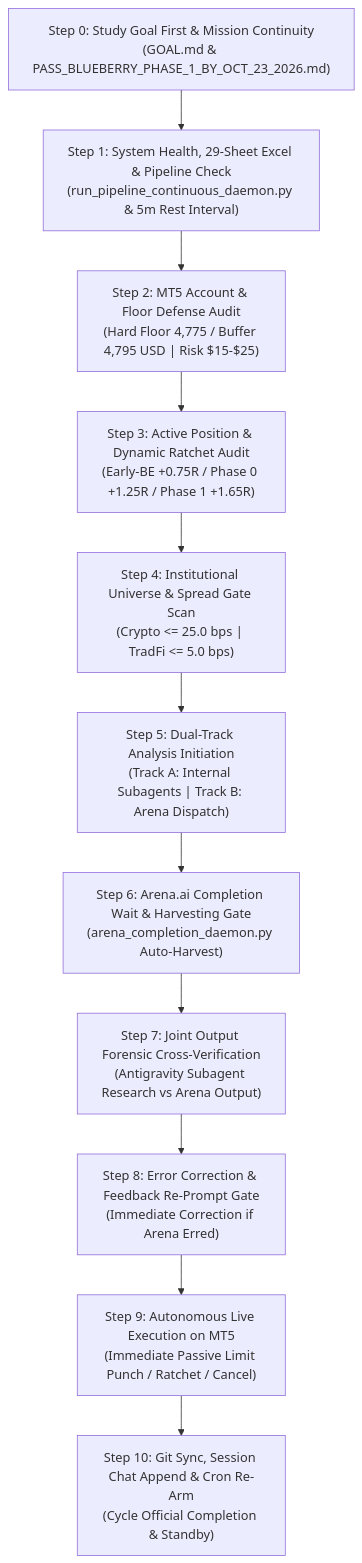
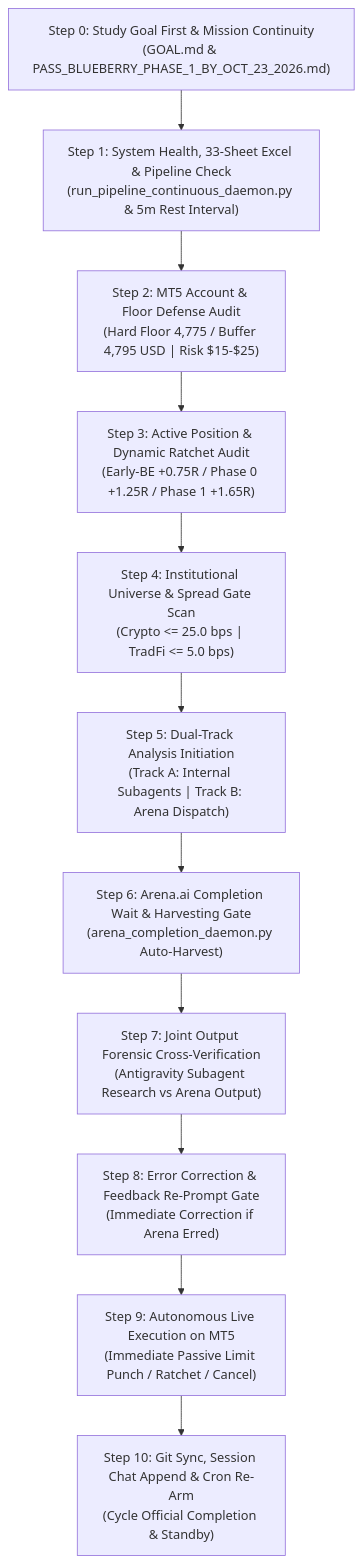
Before and after one commit to kbsingh1399/Trading_2: the diagram in Data/Manditory/AUTONOMOUS_WAKEUP_CHECKLIST.md, drawn with Mermaid. The commit also changed other lines of this file and 104 other files, not shown here.

````diff
--- a/Data/Manditory/AUTONOMOUS_WAKEUP_CHECKLIST.md
+++ b/Data/Manditory/AUTONOMOUS_WAKEUP_CHECKLIST.md
@@ -138,12 +125,12 @@
 ```mermaid
 flowchart TD
-    S0["Step 0: Study Goal First & Mission Continuity<br/>(GOAL.md & PASS_BLUEBERRY_PHASE_1_BY_OCT_23_2026.md)"] --> S1["Step 1: System Health, 29-Sheet Excel & Pipeline Check<br/>(run_pipeline_continuous_daemon.py & 5m Rest Interval)"] --> S2["Step 2: MT5 Account & Floor Defense Audit<br/>(Hard Floor 4,775 / Buffer 4,795 USD | Risk $15-$25)"]
+    S0["Step 0: Study Goal First & Mission Continuity<br/>(GOAL.md & PASS_BLUEBERRY_PHASE_1_BY_OCT_23_2026.md)"] --> S1["Step 1: System Health, 33-Sheet Excel & Pipeline Check<br/>(run_pipeline_continuous_daemon.py & 5m Rest Interval)"] --> S2["Step 2: MT5 Account & Floor Defense Audit<br/>(Hard Floor 4,775 / Buffer 4,795 USD | Risk $15-$25)"]
     S2 --> S3["Step 3: Active Position & Dynamic Ratchet Audit<br/>(Early-BE +0.75R / Phase 0 +1.25R / Phase 1 +1.65R)"]
     S3 --> S4["Step 4: Institutional Universe & Spread Gate Scan<br/>(Crypto <= 25.0 bps | TradFi <= 5.0 bps)"]
     S4 --> S5["Step 5: Dual-Track Analysis Initiation<br/>(Track A: Internal Subagents | Track B: Arena Dispatch)"]
     S5 --> S6["Step 6: Arena.ai Completion Wait & Harvesting Gate<br/>(arena_completion_daemon.py Auto-Harvest)"]
     S6 --> S7["Step 7: Joint Output Forensic Cross-Verification<br/>(Antigravity Subagent Research vs Arena Output)"]
     S7 --> S8["Step 8: Error Correction & Feedback Re-Prompt Gate<br/>(Immediate Correction if Arena Erred)"]
     S8 --> S9["Step 9: Autonomous Live Execution on MT5<br/>(Immediate Passive Limit Punch / Ratchet / Cancel)"]
     S9 --> S10["Step 10: Git Sync, Session Chat Append & Cron Re-Arm<br/>(Cycle Official Completion & Standby)"]
 ```
````
